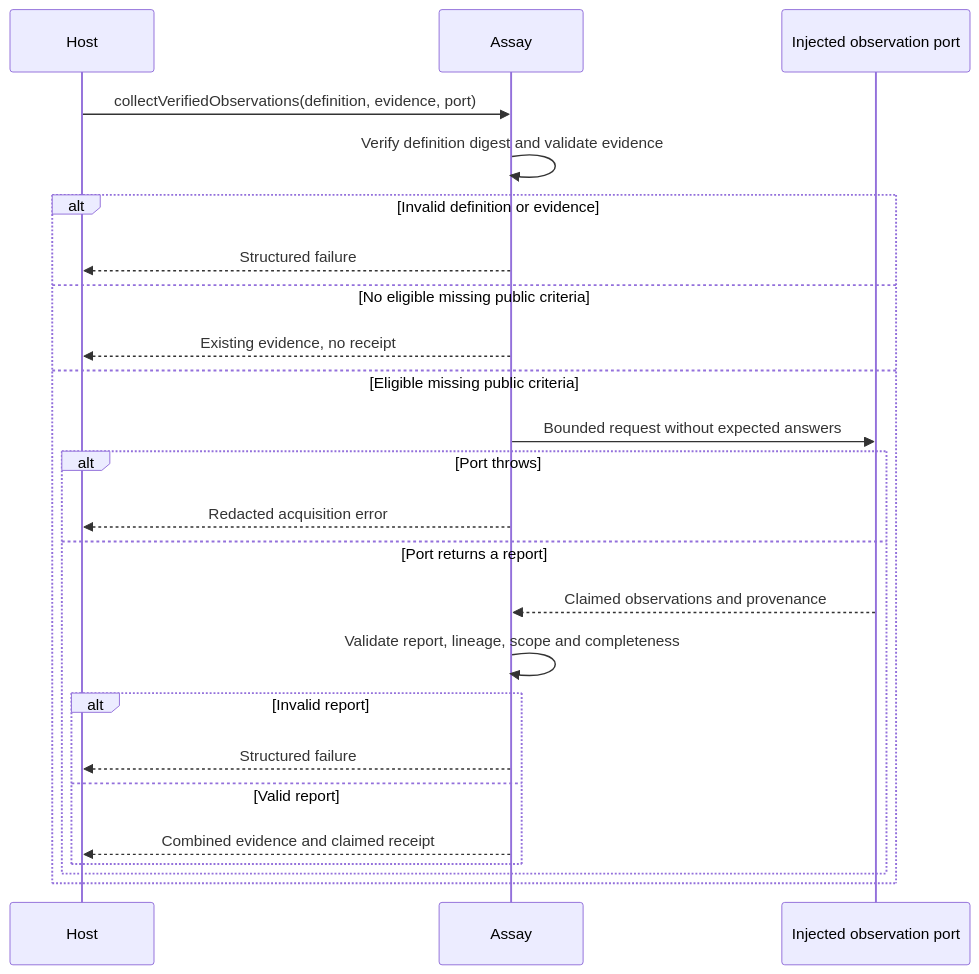
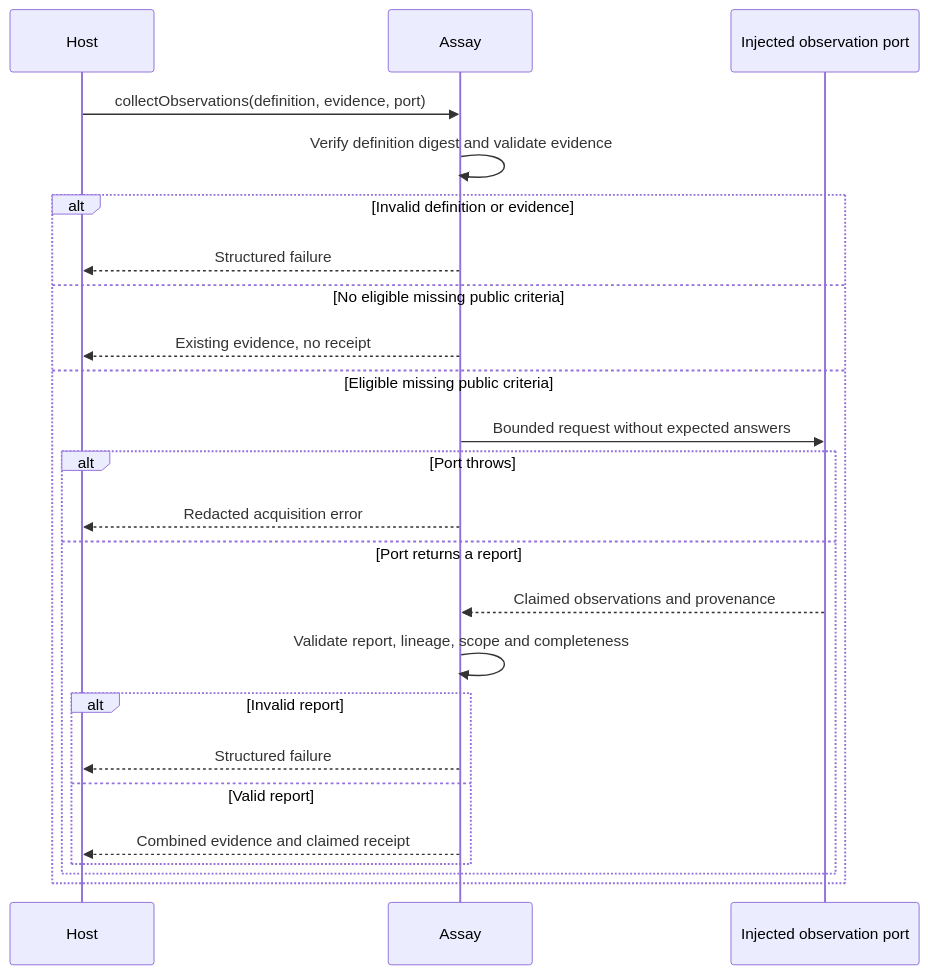
One commit to 0xbuffdev/assay changed the third of 4 diagrams in README.md. Above: the diagram before and after it, drawn with Mermaid. The commit also changed other lines of this file and 9 other files, not shown here.

````diff
--- a/README.md
+++ b/README.md
@@ -91,27 +89,27 @@
 ```mermaid
 sequenceDiagram
     participant H as Host
     participant A as Assay
     participant P as Injected observation port
 
-    H->>A: collectVerifiedObservations(definition, evidence, port)
+    H->>A: collectObservations(definition, evidence, port)
     A->>A: Verify definition digest and validate evidence
     alt Invalid definition or evidence
         A-->>H: Structured failure
     else No eligible missing public criteria
         A-->>H: Existing evidence, no receipt
     else Eligible missing public criteria
         A->>P: Bounded request without expected answers
         alt Port throws
             A-->>H: Redacted acquisition error
         else Port returns a report
             P-->>A: Claimed observations and provenance
             A->>A: Validate report, lineage, scope and completeness
             alt Invalid report
                 A-->>H: Structured failure
             else Valid report
                 A-->>H: Combined evidence and claimed receipt
             end
         end
     end
 ```
````
